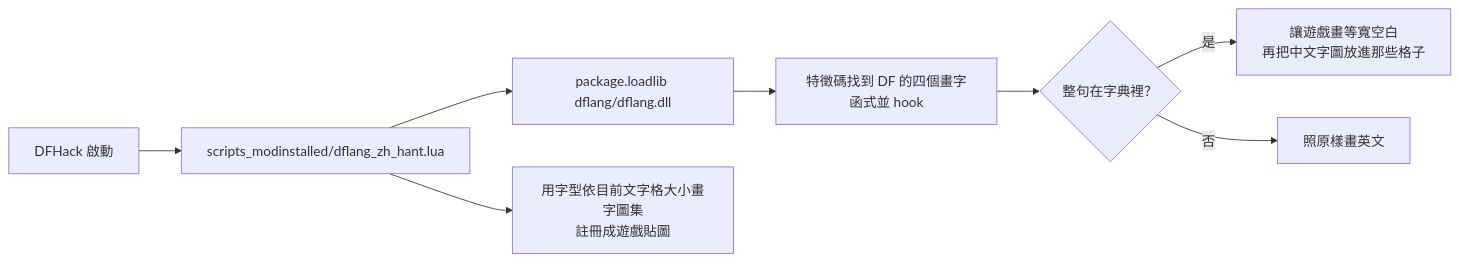
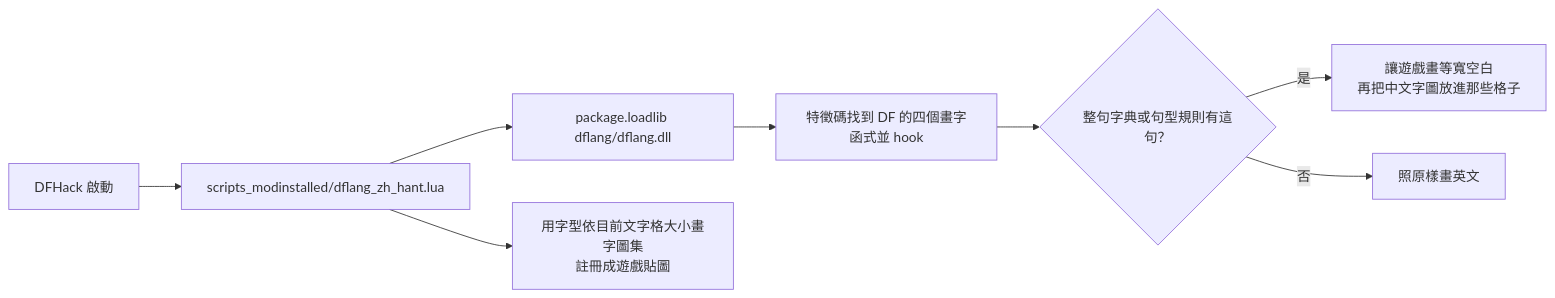
The diagram in README.md (Minidoracat/MinidoracatDFLang), drawn with Mermaid before and after one commit. The commit also changed other lines of this file and 22 other files, not shown here.

First line of the commit message:
字圖清晰度改善、句型規則引擎、全文盤點工具

````diff
--- a/README.md
+++ b/README.md
@@ -21,10 +21,10 @@
 ```mermaid
 flowchart LR
   A[DFHack 啟動] --> B[scripts_modinstalled/dflang_zh_hant.lua]
   B --> C[package.loadlib dflang/dflang.dll]
   B --> D[用字型依目前文字格大小畫字圖集<br>註冊成遊戲貼圖]
   C --> E[特徵碼找到 DF 的四個畫字函式並 hook]
-  E --> F{整句在字典裡？}
+  E --> F{整句字典或句型規則有這句？}
   F -->|是| G[讓遊戲畫等寬空白<br>再把中文字圖放進那些格子]
   F -->|否| H[照原樣畫英文]
 ```
````
